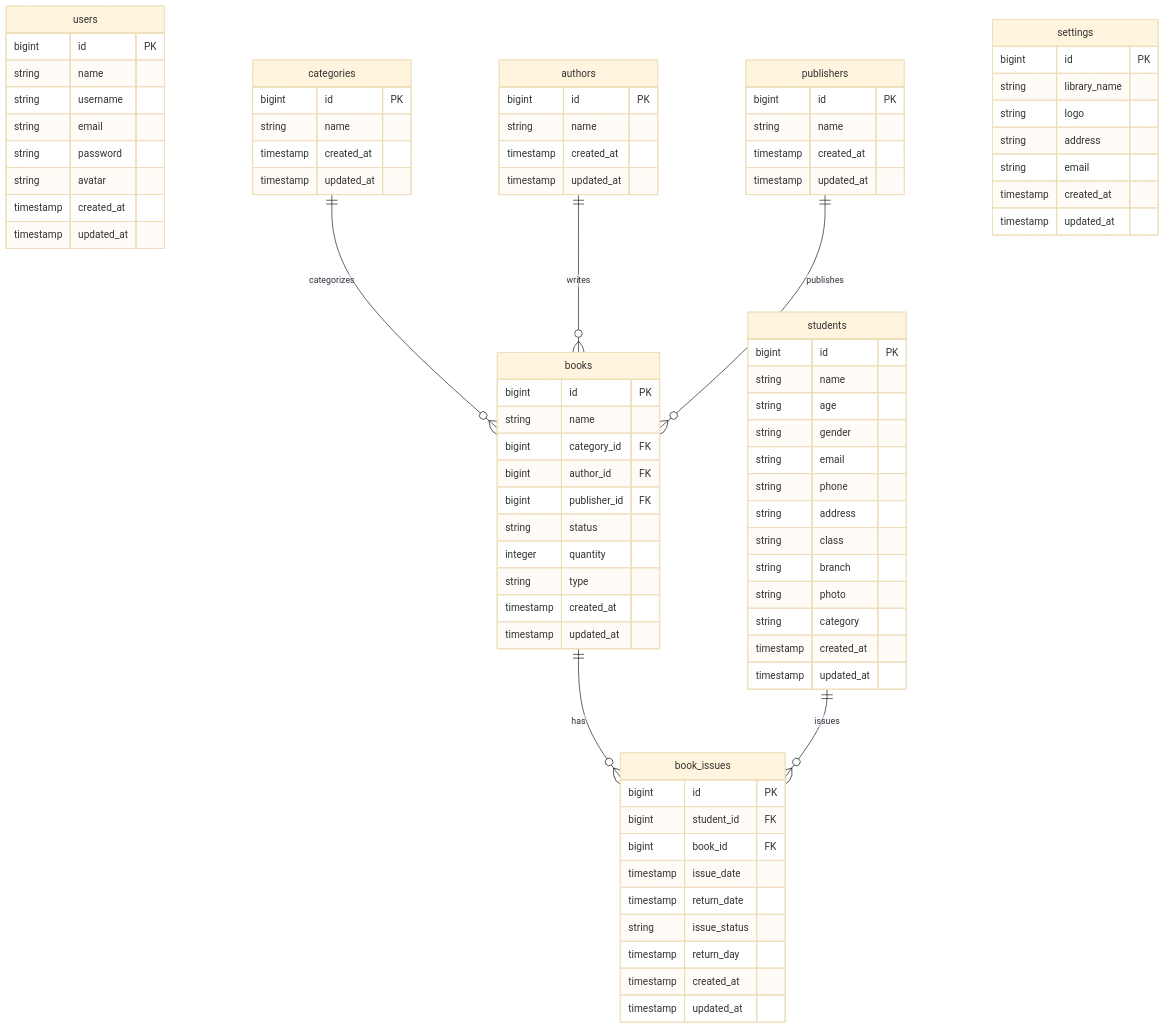
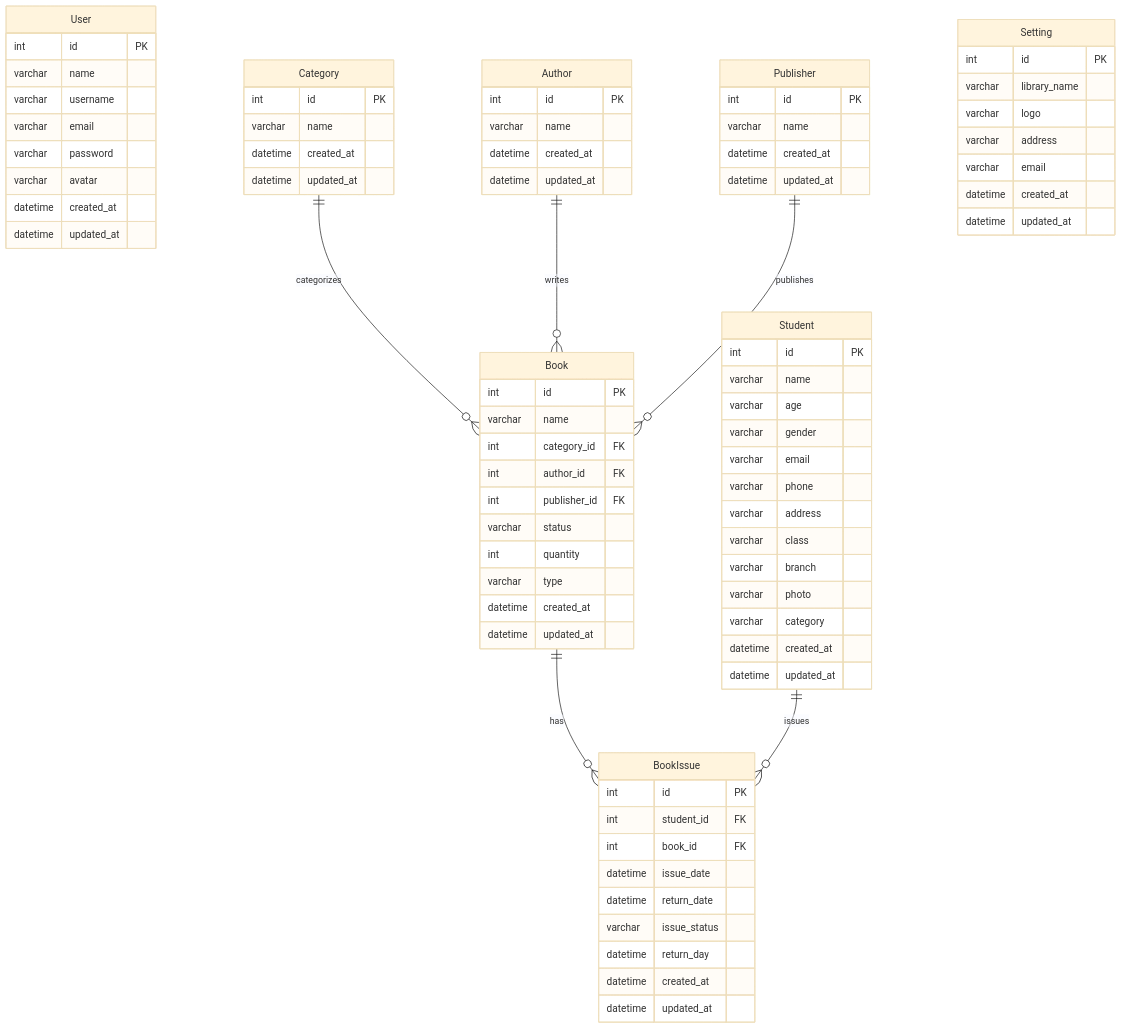
The first of 2 diagrams in README.md (mrlvuruk-stack/library), drawn with Mermaid (base theme) before and after one commit. The commit also changed other lines of this file, not shown here.

Commit message:
Standardize Mermaid ERD casing, column types, and double-quote flowchart labels for maximum compatibility

````diff
--- a/README.md
+++ b/README.md
@@ -116,84 +116,84 @@
 ```mermaid
 erDiagram
-    users {
-        bigint id PK
-        string name
-        string username
-        string email
-        string password
-        string avatar
-        timestamp created_at
-        timestamp updated_at
+    User {
+        int id PK
+        varchar name
+        varchar username
+        varchar email
+        varchar password
+        varchar avatar
+        datetime created_at
+        datetime updated_at
     }
-    students {
-        bigint id PK
-        string name
-        string age
-        string gender
-        string email
-        string phone
-        string address
-        string class
-        string branch
-        string photo
-        string category
-        timestamp created_at
-        timestamp updated_at
+    Student {
+        int id PK
+        varchar name
+        varchar age
+        varchar gender
+        varchar email
+        varchar phone
+        varchar address
+        varchar class
+        varchar branch
+        varchar photo
+        varchar category
+        datetime created_at
+        datetime updated_at
     }
-    authors {
-        bigint id PK
-        string name
-        timestamp created_at
-        timestamp updated_at
+    Author {
+        int id PK
+        varchar name
+        datetime created_at
+        datetime updated_at
     }
-    publishers {
-        bigint id PK
-        string name
-        timestamp created_at
-        timestamp updated_at
+    Publisher {
+        int id PK
+        varchar name
+        datetime created_at
+        datetime updated_at
     }
-    categories {
-        bigint id PK
-        string name
-        timestamp created_at
-        timestamp updated_at
+    Category {
+        int id PK
+        varchar name
+        datetime created_at
+        datetime updated_at
     }
-    books {
-        bigint id PK
-        string name
-        bigint category_id FK
-        bigint author_id FK
-        bigint publisher_id FK
-        string status
-        integer quantity
-        string type
-        timestamp created_at
-        timestamp updated_at
+    Book {
+        int id PK
+        varchar name
+        int category_id FK
+        int author_id FK
+        int publisher_id FK
+        varchar status
+        int quantity
+        varchar type
+        datetime created_at
+        datetime updated_at
     }
-    book_issues {
-        bigint id PK
-        bigint student_id FK
-        bigint book_id FK
-        timestamp issue_date
-        timestamp return_date
-        string issue_status
-        timestamp return_day
-        timestamp created_at
-        timestamp updated_at
+    BookIssue {
+        int id PK
+        int student_id FK
+        int book_id FK
+        datetime issue_date
+        datetime return_date
+        varchar issue_status
+        datetime return_day
+        datetime created_at
+        datetime updated_at
     }
-    settings {
-        bigint id PK
-        string library_name
-        string logo
-        string address
-        string email
-        timestamp created_at
-        timestamp updated_at
+    Setting {
+        int id PK
+        varchar library_name
+        varchar logo
+        varchar address
+        varchar email
+        datetime created_at
+        datetime updated_at
     }
 
-    books ||--o{ book_issues : has
-    students ||--o{ book_issues : issues
-    categories ||--o{ books : categorizes
-    authors ||--o{ books : writes
-    publishers ||--o{ books : publishes
+    Book ||--o{ BookIssue : "has"
+    Student ||--o{ BookIssue : "issues"
+    Category ||--o{ Book : "categorizes"
+    Author ||--o{ Book : "writes"
+    Publisher ||--o{ Book : "publishes"
 ```
````
